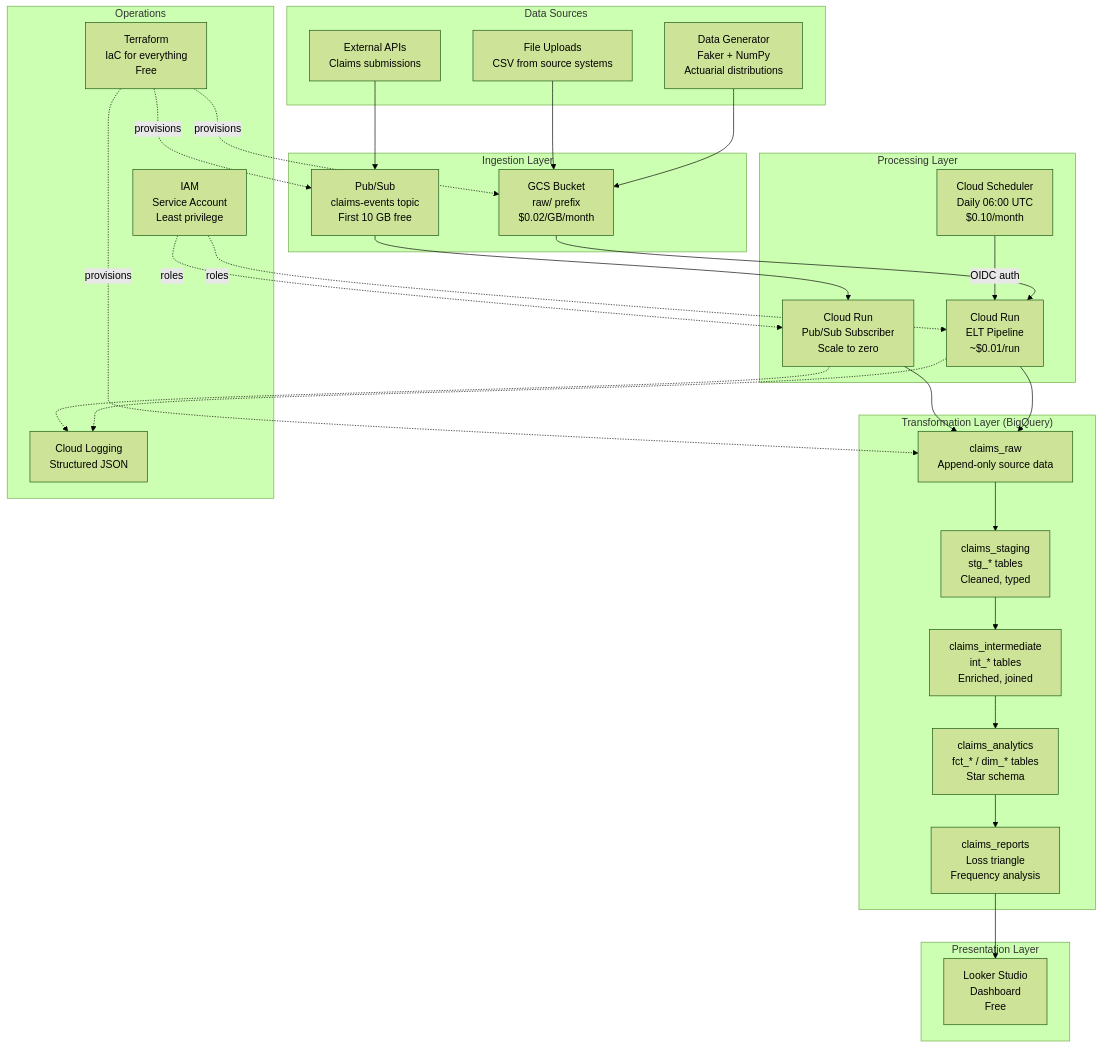
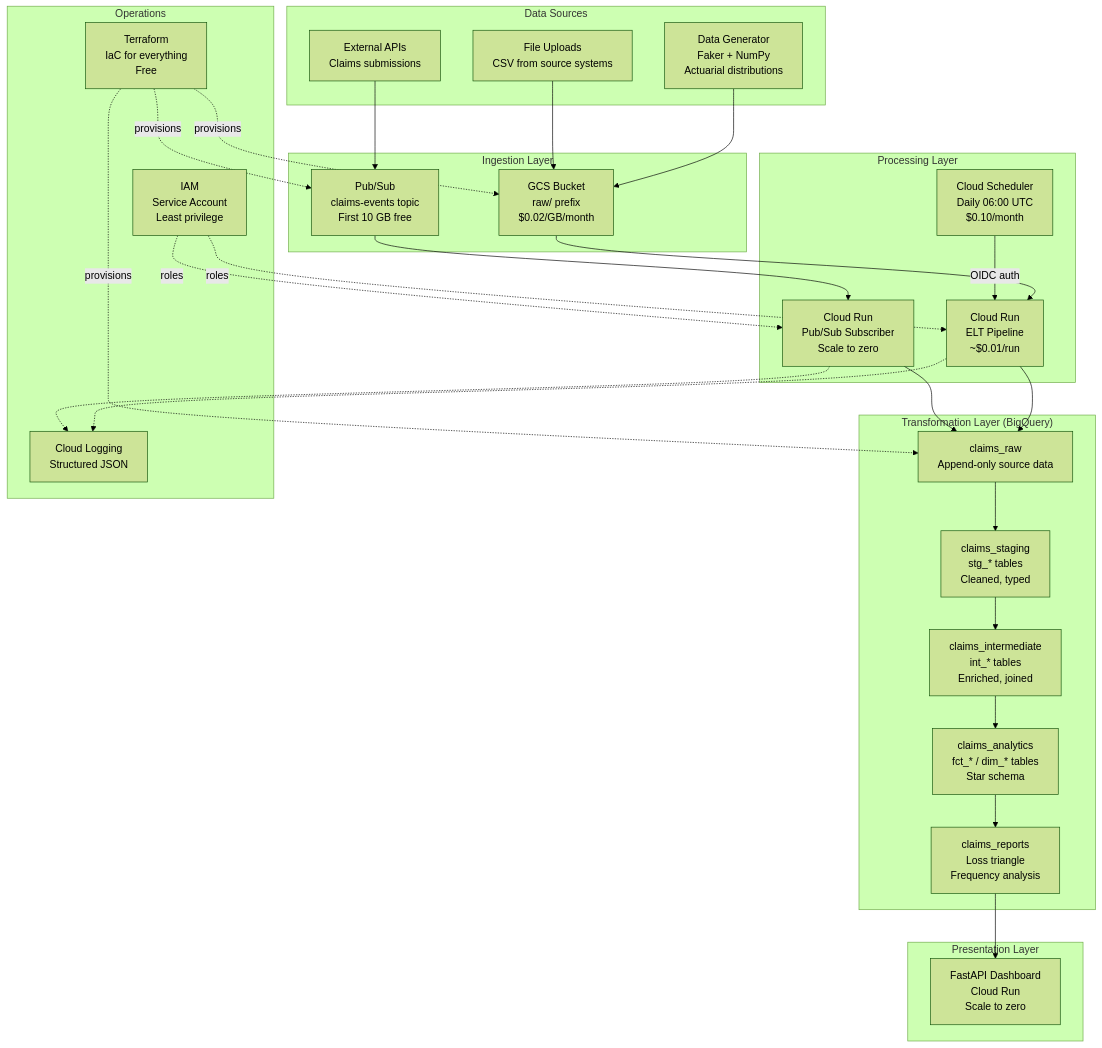
Before and after one commit to GonorAndres/data-engineer-path: the first of 3 diagrams in docs/architecture/platform-reference-architecture.md, drawn with Mermaid (forest theme). The commit also changed other lines of this file and 10 other files, not shown here.

````diff
--- a/docs/architecture/platform-reference-architecture.md
+++ b/docs/architecture/platform-reference-architecture.md
@@ -16,61 +16,61 @@
 ```mermaid
 graph TB
     subgraph "Data Sources"
         GEN[Data Generator<br/>Faker + NumPy<br/>Actuarial distributions]
         API[External APIs<br/>Claims submissions]
         FILES[File Uploads<br/>CSV from source systems]
     end
 
     subgraph "Ingestion Layer"
         GCS_RAW[GCS Bucket<br/>raw/ prefix<br/>$0.02/GB/month]
         PUBSUB[Pub/Sub<br/>claims-events topic<br/>First 10 GB free]
     end
 
     subgraph "Processing Layer"
         CR_PIPE[Cloud Run<br/>ELT Pipeline<br/>~$0.01/run]
         CR_SUB[Cloud Run<br/>Pub/Sub Subscriber<br/>Scale to zero]
         SCHED[Cloud Scheduler<br/>Daily 06:00 UTC<br/>$0.10/month]
     end
 
     subgraph "Transformation Layer (BigQuery)"
         BQ_RAW[claims_raw<br/>Append-only source data]
         BQ_STG[claims_staging<br/>stg_* tables<br/>Cleaned, typed]
         BQ_INT[claims_intermediate<br/>int_* tables<br/>Enriched, joined]
         BQ_MART[claims_analytics<br/>fct_* / dim_* tables<br/>Star schema]
         BQ_RPT[claims_reports<br/>Loss triangle<br/>Frequency analysis]
     end
 
     subgraph "Presentation Layer"
-        LOOKER[Looker Studio<br/>Dashboard<br/>Free]
+        DASH[FastAPI Dashboard<br/>Cloud Run<br/>Scale to zero]
     end
 
     subgraph "Operations"
         LOGS[Cloud Logging<br/>Structured JSON]
         IAM[IAM<br/>Service Account<br/>Least privilege]
         TF[Terraform<br/>IaC for everything<br/>Free]
     end
 
     %% Data flow
     GEN --> GCS_RAW
     FILES --> GCS_RAW
     API --> PUBSUB
 
     GCS_RAW --> CR_PIPE
     PUBSUB --> CR_SUB
     SCHED -->|OIDC auth| CR_PIPE
 
     CR_PIPE --> BQ_RAW
     CR_SUB --> BQ_RAW
 
     BQ_RAW --> BQ_STG --> BQ_INT --> BQ_MART --> BQ_RPT
-    BQ_RPT --> LOOKER
+    BQ_RPT --> DASH
 
     %% Operations
     CR_PIPE -.-> LOGS
     CR_SUB -.-> LOGS
     IAM -.->|roles| CR_PIPE
     IAM -.->|roles| CR_SUB
     TF -.->|provisions| GCS_RAW
     TF -.->|provisions| PUBSUB
     TF -.->|provisions| BQ_RAW
 ```
````
